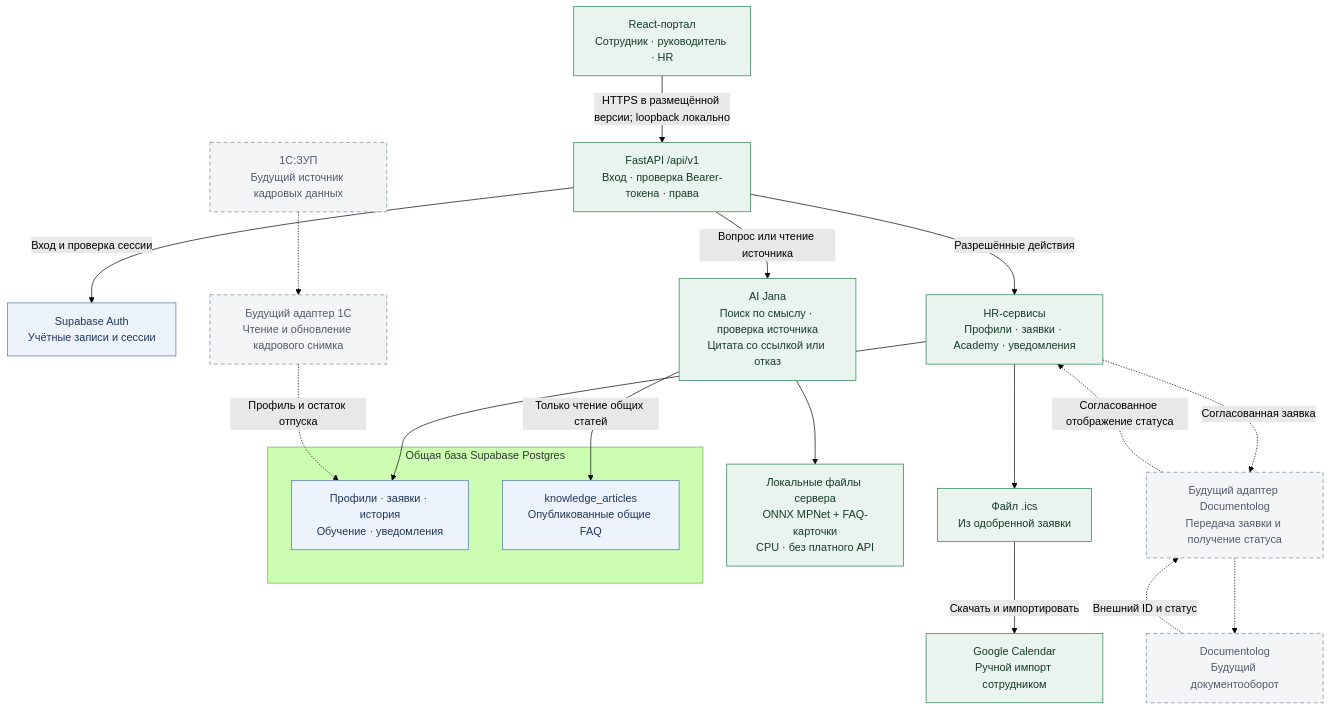
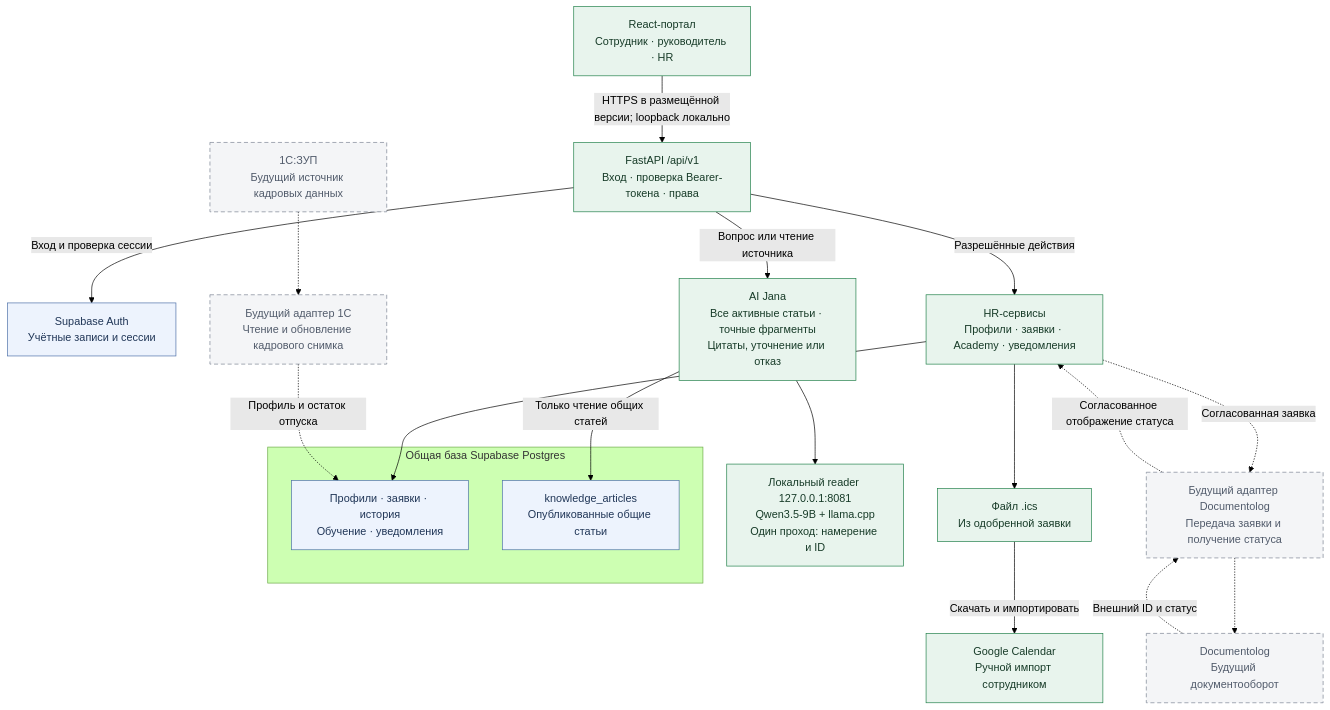
Before and after one commit to Dmitribear/PostTech: the first of 2 diagrams in docs/architecture.md, drawn with Mermaid (forest theme). The commit also changed other lines of this file and 132 other files, not shown here.

````diff
--- a/docs/architecture.md
+++ b/docs/architecture.md
@@ -11,42 +12,42 @@
 ```mermaid
 flowchart TB
     browser["React-портал<br/>Сотрудник · руководитель · HR"]
     api["FastAPI /api/v1<br/>Вход · проверка Bearer-токена · права"]
     auth["Supabase Auth<br/>Учётные записи и сессии"]
     hr["HR-сервисы<br/>Профили · заявки · Academy · уведомления"]
-    jana["AI Jana<br/>Поиск по смыслу · проверка источника<br/>Цитата со ссылкой или отказ"]
-    local["Локальные файлы сервера<br/>ONNX MPNet + FAQ-карточки<br/>CPU · без платного API"]
+    jana["AI Jana<br/>Все активные статьи · точные фрагменты<br/>Цитаты, уточнение или отказ"]
+    local["Локальный reader 127.0.0.1:8081<br/>Qwen3.5-9B + llama.cpp<br/>Один проход: намерение и ID"]
     subgraph supabase["Общая база Supabase Postgres"]
         business["Профили · заявки · история<br/>Обучение · уведомления"]
-        knowledge["knowledge_articles<br/>Опубликованные общие FAQ"]
+        knowledge["knowledge_articles<br/>Опубликованные общие статьи"]
     end
     ics["Файл .ics<br/>Из одобренной заявки"]
     google["Google Calendar<br/>Ручной импорт сотрудником"]
     sync["Будущий адаптер 1С<br/>Чтение и обновление кадрового снимка"]
     onec["1С:ЗУП<br/>Будущий источник кадровых данных"]
     documents["Будущий адаптер Documentolog<br/>Передача заявки и получение статуса"]
     documentolog["Documentolog<br/>Будущий документооборот"]
 
     browser -->|"HTTPS в размещённой версии; loopback локально"| api
     api -->|"Вход и проверка сессии"| auth
     api -->|"Разрешённые действия"| hr
     api -->|"Вопрос или чтение источника"| jana
     hr --> business
     jana -->|"Только чтение общих статей"| knowledge
     jana --> local
     hr --> ics
     ics -->|"Скачать и импортировать"| google
     onec -.-> sync
     sync -.->|"Профиль и остаток отпуска"| business
     hr -.->|"Согласованная заявка"| documents
     documents -.-> documentolog
     documentolog -.->|"Внешний ID и статус"| documents
     documents -.->|"Согласованное отображение статуса"| hr
 
     classDef current fill:#e8f4ed,stroke:#21804a,color:#173b28;
     classDef store fill:#edf3fd,stroke:#4d70a8,color:#203657;
     classDef future fill:#f4f5f7,stroke:#7b8493,stroke-dasharray:6 4,color:#515b6b;
     class browser,api,hr,jana,local,ics,google current;
     class auth,business,knowledge store;
     class sync,onec,documents,documentolog future;
 ```
````
